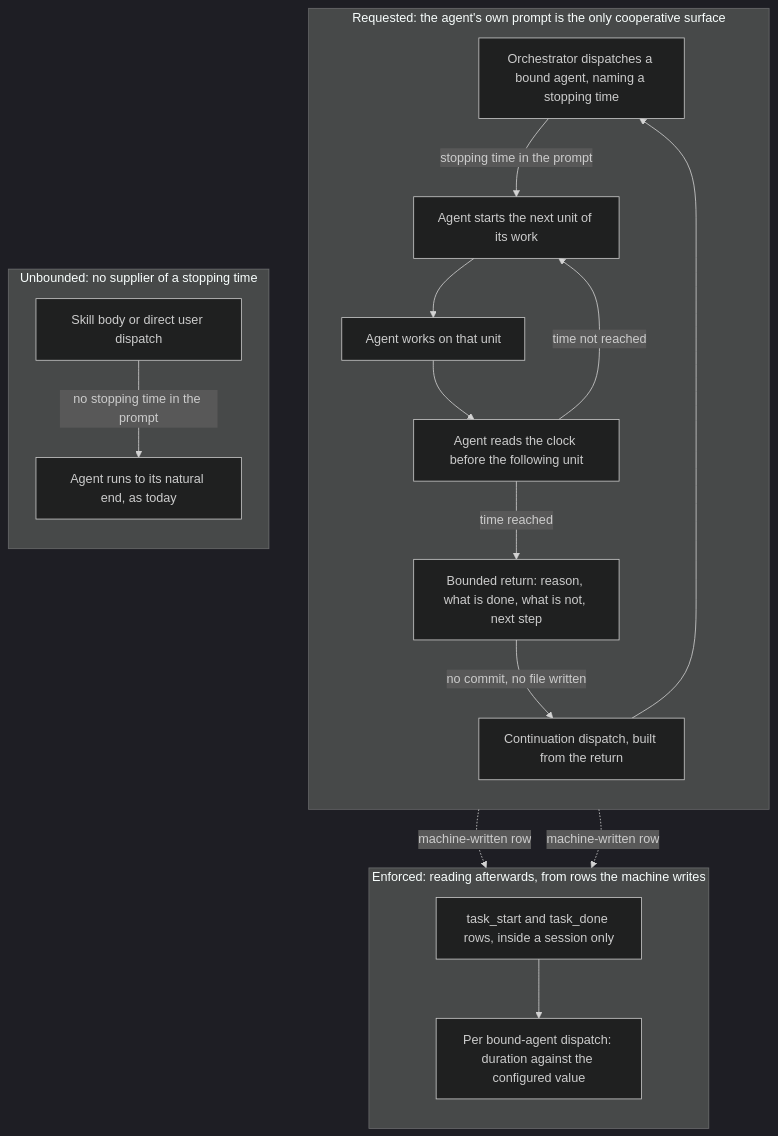
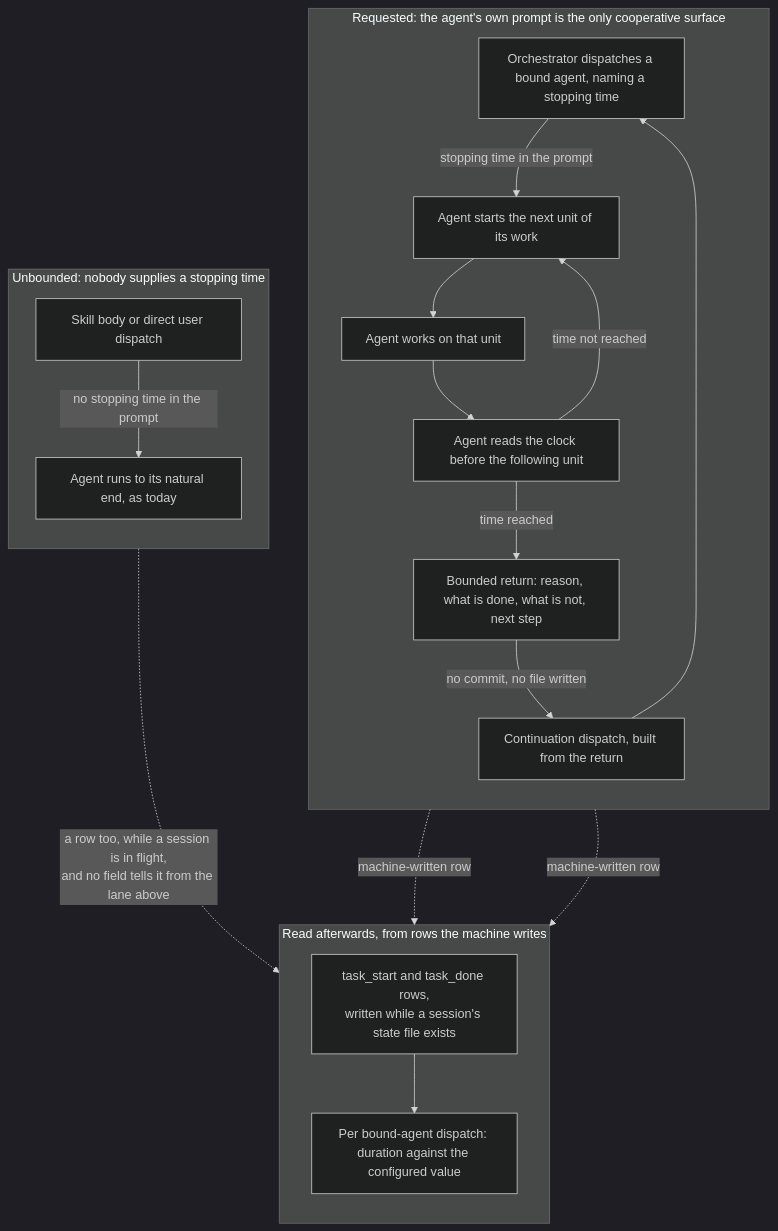
The first of 2 diagrams in fusion-workbench/circles/260906-2258-bounded-executor-dispatches/planning/260907-0820_o_spec-bounded-executor-dispatches.md (tenzoki/fusion), drawn with Mermaid (dark theme) before and after one commit. The commit also changed other lines of this file and 9 other files, not shown here.

````diff
--- a/fusion-workbench/circles/260906-2258-bounded-executor-dispatches/planning/260907-0820_o_spec-bounded-executor-dispatches.md
+++ b/fusion-workbench/circles/260906-2258-bounded-executor-dispatches/planning/260907-0820_o_spec-bounded-executor-dispatches.md
@@ -66,36 +70,37 @@
 ```mermaid
 flowchart TD
   subgraph REQUESTED["Requested: the agent's own prompt is the only cooperative surface"]
     direction TB
     DISPATCH["Orchestrator dispatches a bound agent, naming a stopping time"]
     UNIT["Agent starts the next unit of its work"]
     WORK["Agent works on that unit"]
     CHECK["Agent reads the clock before the following unit"]
     RETURN["Bounded return: reason, what is done, what is not, next step"]
     CONT["Continuation dispatch, built from the return"]
     DISPATCH -->|"stopping time in the prompt"| UNIT
     UNIT --> WORK
     WORK --> CHECK
     CHECK -->|"time not reached"| UNIT
     CHECK -->|"time reached"| RETURN
     RETURN -->|"no commit, no file written"| CONT
     CONT --> DISPATCH
   end
 
-  subgraph UNBOUND["Unbounded: no supplier of a stopping time"]
+  subgraph UNBOUND["Unbounded: nobody supplies a stopping time"]
     direction TB
     SKILL["Skill body or direct user dispatch"]
     ASIS["Agent runs to its natural end, as today"]
     SKILL -->|"no stopping time in the prompt"| ASIS
   end
 
-  subgraph OBSERVED["Enforced: reading afterwards, from rows the machine writes"]
+  subgraph OBSERVED["Read afterwards, from rows the machine writes"]
     direction TB
-    ROWS["task_start and task_done rows, inside a session only"]
+    ROWS["task_start and task_done rows,<br/>written while a session's state file exists"]
     READ["Per bound-agent dispatch: duration against the configured value"]
     ROWS --> READ
   end
 
   DISPATCH -.->|"machine-written row"| ROWS
   RETURN -.->|"machine-written row"| ROWS
+  SKILL -.->|"a row too, while a session is in flight,<br/>and no field tells it from the lane above"| ROWS
 ```
````
